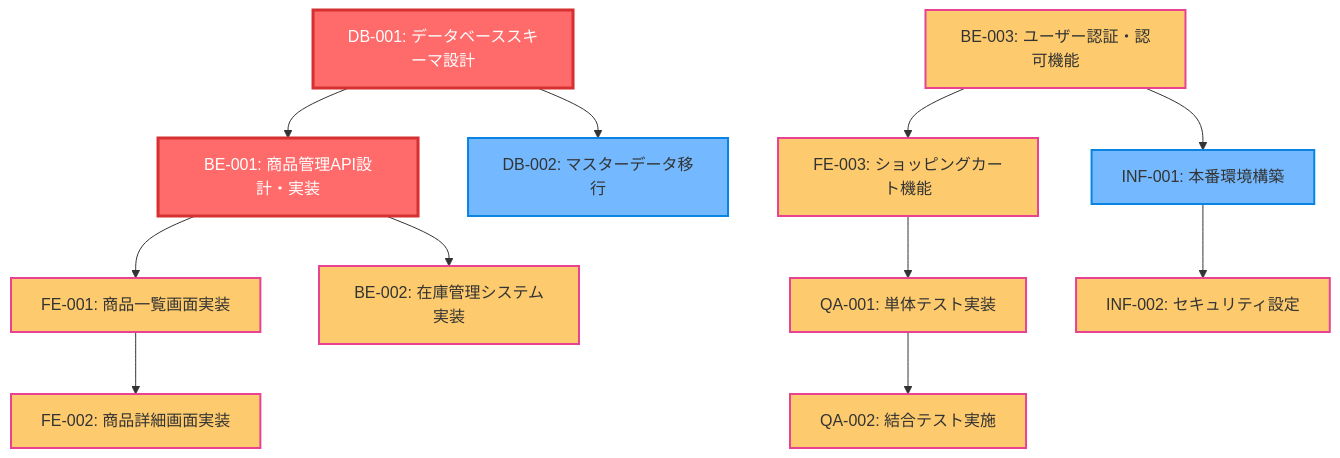
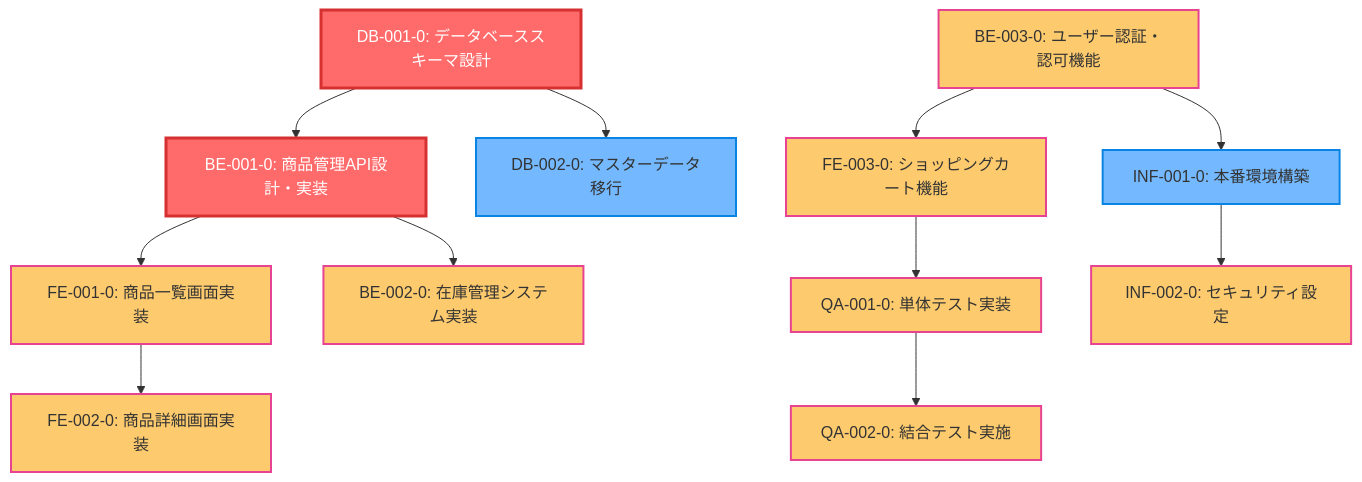
The diagram in .github/examples/extract_tasks.md (wate/copilot-training), drawn with Mermaid before and after one commit. The commit also changed other lines of this file and 2 other files, not shown here.

````diff
--- a/.github/examples/extract_tasks.md
+++ b/.github/examples/extract_tasks.md
@@ -235,26 +240,26 @@
 ```mermaid
 graph TD
-    DB001[DB-001: データベーススキーマ設計] --> BE001[BE-001: 商品管理API設計・実装]
-    DB001 --> DB002[DB-002: マスターデータ移行]
+    DB001[DB-001-0: データベーススキーマ設計] --> BE001[BE-001-0: 商品管理API設計・実装]
+    DB001 --> DB002[DB-002-0: マスターデータ移行]
     
-    BE001 --> FE001[FE-001: 商品一覧画面実装]
-    BE001 --> BE002[BE-002: 在庫管理システム実装]
+    BE001 --> FE001[FE-001-0: 商品一覧画面実装]
+    BE001 --> BE002[BE-002-0: 在庫管理システム実装]
     
-    FE001 --> FE002[FE-002: 商品詳細画面実装]
+    FE001 --> FE002[FE-002-0: 商品詳細画面実装]
     
-    BE003[BE-003: ユーザー認証・認可機能] --> FE003[FE-003: ショッピングカート機能]
-    BE003 --> INF001[INF-001: 本番環境構築]
+    BE003[BE-003-0: ユーザー認証・認可機能] --> FE003[FE-003-0: ショッピングカート機能]
+    BE003 --> INF001[INF-001-0: 本番環境構築]
     
-    FE003 --> QA001[QA-001: 単体テスト実装]
-    QA001 --> QA002[QA-002: 結合テスト実施]
+    FE003 --> QA001[QA-001-0: 単体テスト実装]
+    QA001 --> QA002[QA-002-0: 結合テスト実施]
     
-    INF001 --> INF002[INF-002: セキュリティ設定]
+    INF001 --> INF002[INF-002-0: セキュリティ設定]
     
     classDef highest fill:#ff6b6b,stroke:#d63031,stroke-width:3px,color:#fff
     classDef high fill:#fdcb6e,stroke:#e84393,stroke-width:2px
     classDef medium fill:#74b9ff,stroke:#0984e3,stroke-width:2px
     
     class DB001,BE001 highest
     class BE003,FE001,FE002,FE003,BE002,QA001,QA002,INF002 high
     class DB002,INF001 medium
 ```
````
